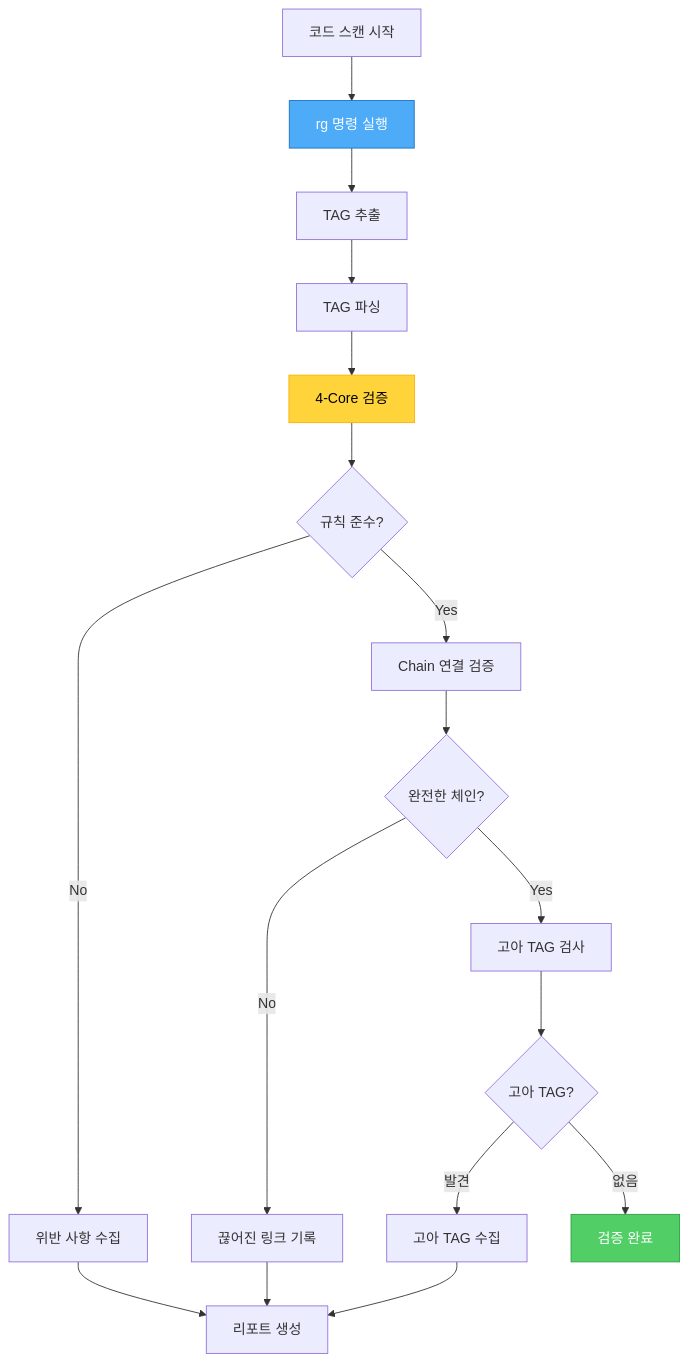
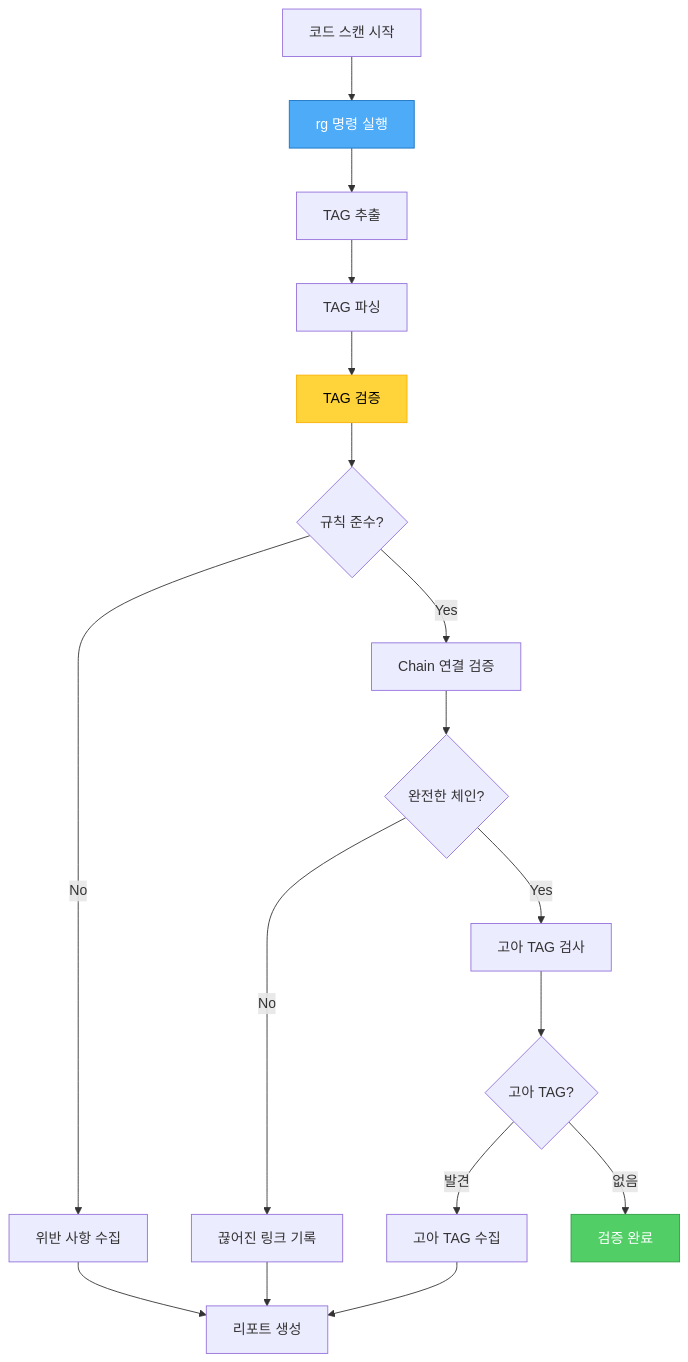
The third of 6 diagrams in docs/claude/agents/tag-agent.md (modu-ai/moai-adk), drawn with Mermaid before and after one commit. The commit also changed other lines of this file and 86 other files, not shown here.

````diff
--- a/docs/claude/agents/tag-agent.md
+++ b/docs/claude/agents/tag-agent.md
@@ -448,26 +414,26 @@
 ```mermaid
 graph TB
     A[코드 스캔 시작] --> B[rg 명령 실행]
     B --> C[TAG 추출]
     C --> D[TAG 파싱]
-    D --> E[4-Core 검증]
+    D --> E[TAG 검증]
     E --> F{규칙 준수?}
     F -->|No| G[위반 사항 수집]
     F -->|Yes| H[Chain 연결 검증]
 
     H --> I{완전한 체인?}
     I -->|No| J[끊어진 링크 기록]
     I -->|Yes| K[고아 TAG 검사]
 
     K --> L{고아 TAG?}
     L -->|발견| M[고아 TAG 수집]
     L -->|없음| N[검증 완료]
 
     G --> O[리포트 생성]
     J --> O
     M --> O
 
     style B fill:#4dabf7,stroke:#1971c2,color:#fff
     style E fill:#ffd43b,stroke:#fab005,color:#000
     style N fill:#51cf66,stroke:#2f9e44,color:#fff
 ```
````
